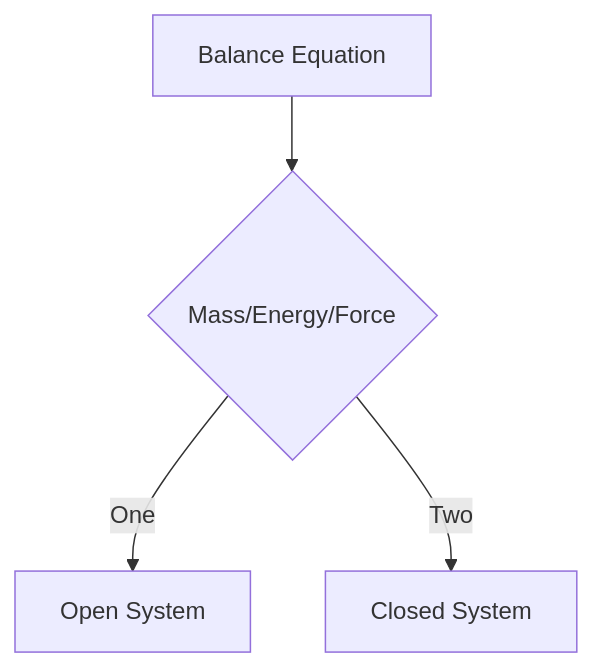
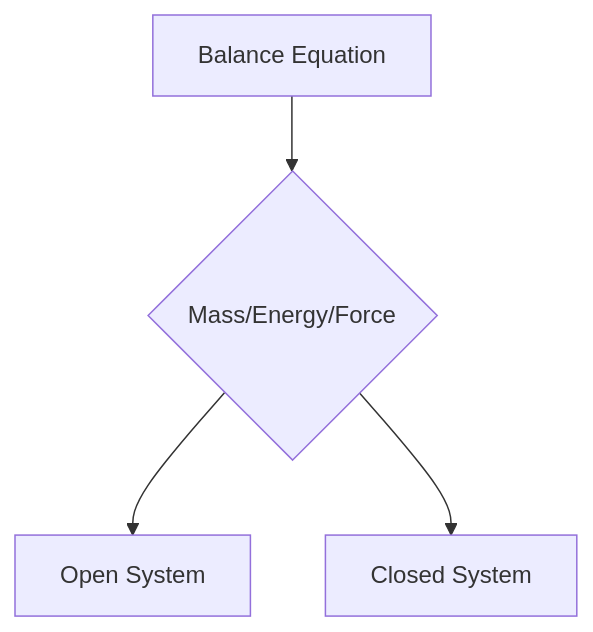
One commit to Dhruv-Dugar/Modeling-and-Simulation changed the diagram in Notes/Modeling of ChemE Systems.md. Above: the diagram before and after it, drawn with Mermaid. The commit also changed other lines of this file and 1 other file, not shown here.

````diff
--- a/Notes/Modeling of ChemE Systems.md
+++ b/Notes/Modeling of ChemE Systems.md
@@ -121,6 +123,6 @@
 ```mermaid
 graph TD
     A[Balance Equation] -->B{Mass/Energy/Force}
-    B -->|One| D[Open System]
-    B -->|Two| E[Closed System]
+    B --> D[Open System]
+    B --> E[Closed System]
 ```
````
